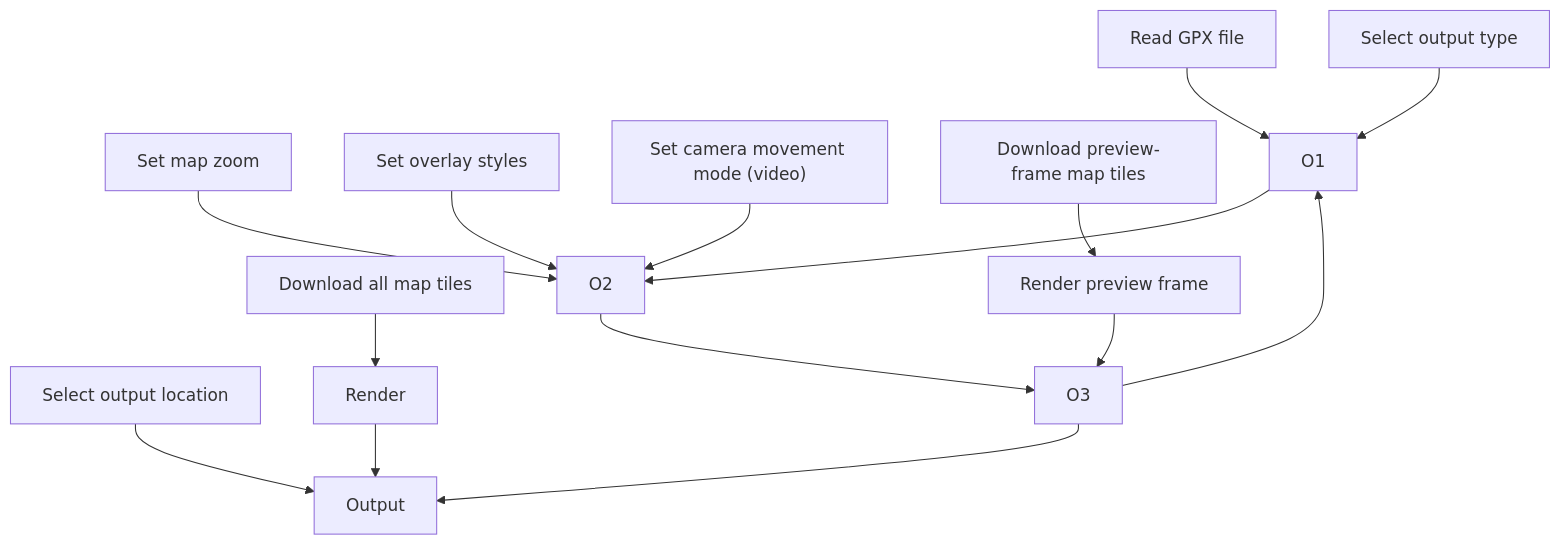
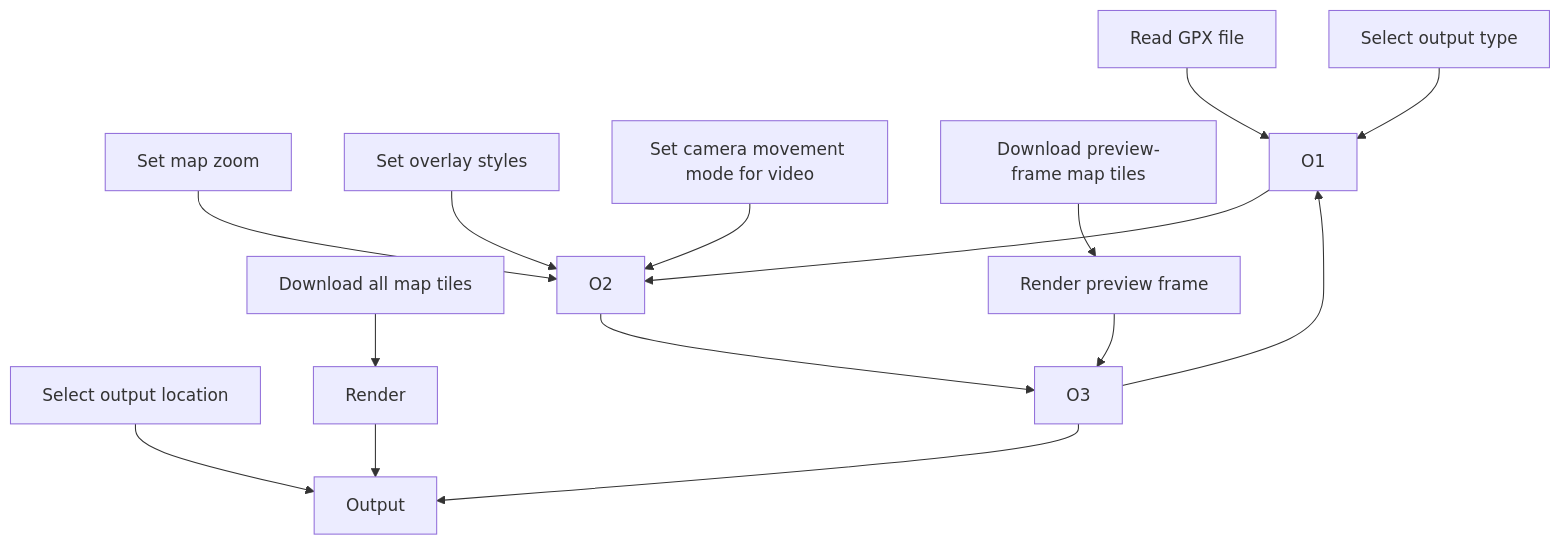
One commit to zhangshaojia07/GPXVideoMaker changed the diagram in README.md. Above: the diagram before and after it, drawn with Mermaid.

Commit message:
docs: small mermaid fix

````diff
--- a/README.md
+++ b/README.md
@@ -97,28 +97,28 @@
 ```mermaid
 graph TD
     A[Read GPX file]
     B[Select output type]
     D[Set map zoom]
     E[Set overlay styles]
-    F["Set camera movement mode (video)"]
+    F[Set camera movement mode for video]
     G[Select output location]
     H[Render]
     I[Output]
     J[Download all map tiles]
     K[Render preview frame]
     L[Download preview-frame map tiles]
     A --> O1
     B --> O1
     O1 --> O2
     D --> O2
     E --> O2
     F --> O2
     O2 --> O3
     L --> K
     K --> O3
     O3 --> O1
     O3 --> I
     G --> I
     J --> H
     H --> I
 ```
````
